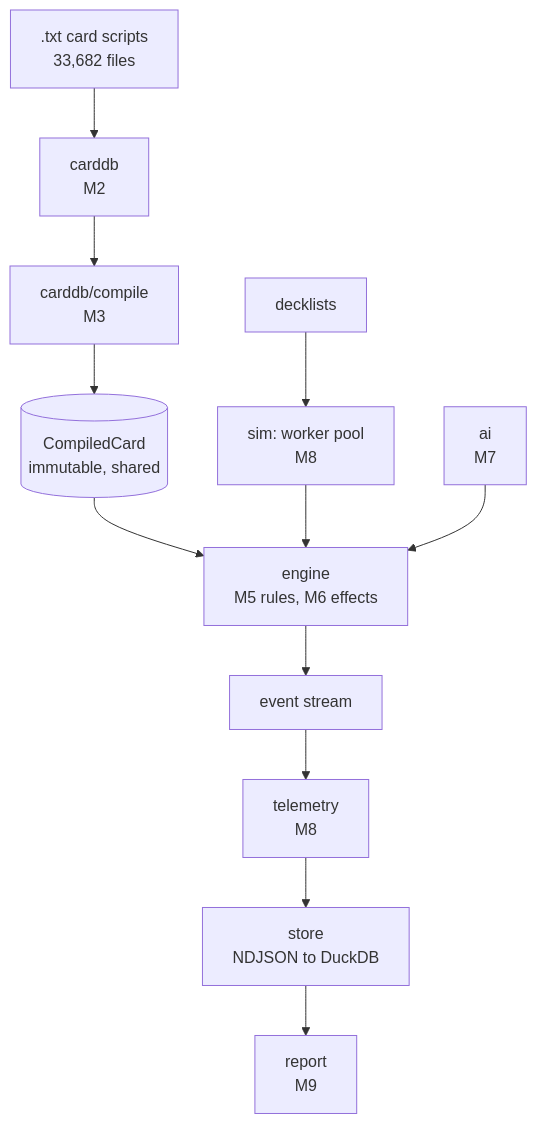
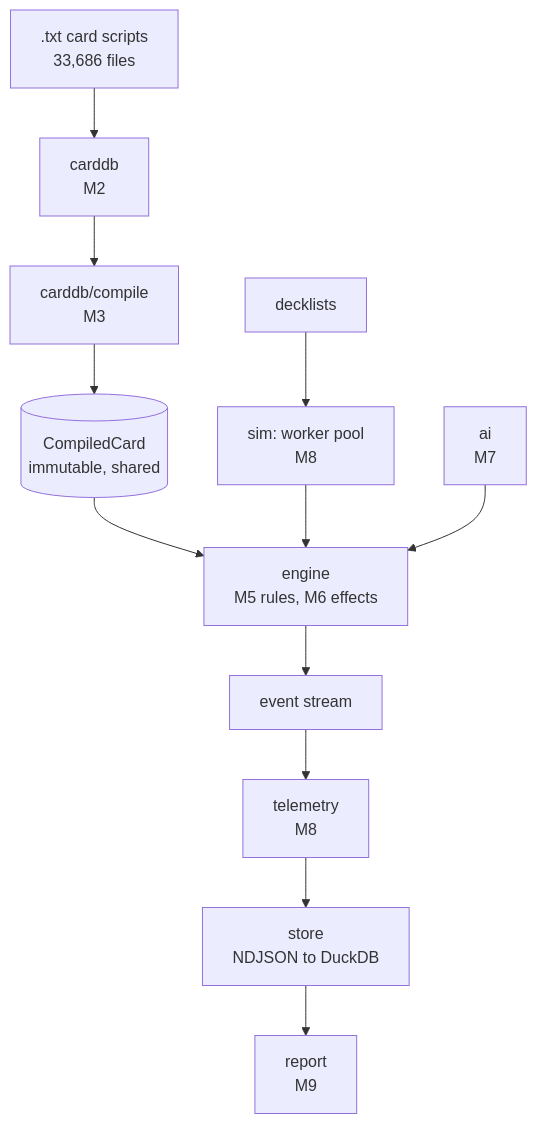
One commit to Card-Forge/forge changed the diagram in docs/crucible/architecture/system-overview.md. Above: the diagram before and after it, drawn with Mermaid. The commit also changed other lines of this file and 21 other files, not shown here.

````diff
--- a/docs/crucible/architecture/system-overview.md
+++ b/docs/crucible/architecture/system-overview.md
@@ -80,14 +80,14 @@
 ```mermaid
 flowchart TB
-  scripts[".txt card scripts<br/>33,682 files"] --> carddb["carddb<br/>M2"]
+  scripts[".txt card scripts<br/>33,686 files"] --> carddb["carddb<br/>M2"]
   carddb --> compile["carddb/compile<br/>M3"]
   compile --> defs[("CompiledCard<br/>immutable, shared")]
   decks["decklists"] --> sim["sim: worker pool<br/>M8"]
   defs --> engine["engine<br/>M5 rules, M6 effects"]
   sim --> engine
   ai["ai<br/>M7"] --> engine
   engine --> events["event stream"]
   events --> tel["telemetry<br/>M8"]
   tel --> store["store<br/>NDJSON to DuckDB"]
   store --> report["report<br/>M9"]
 ```
````
